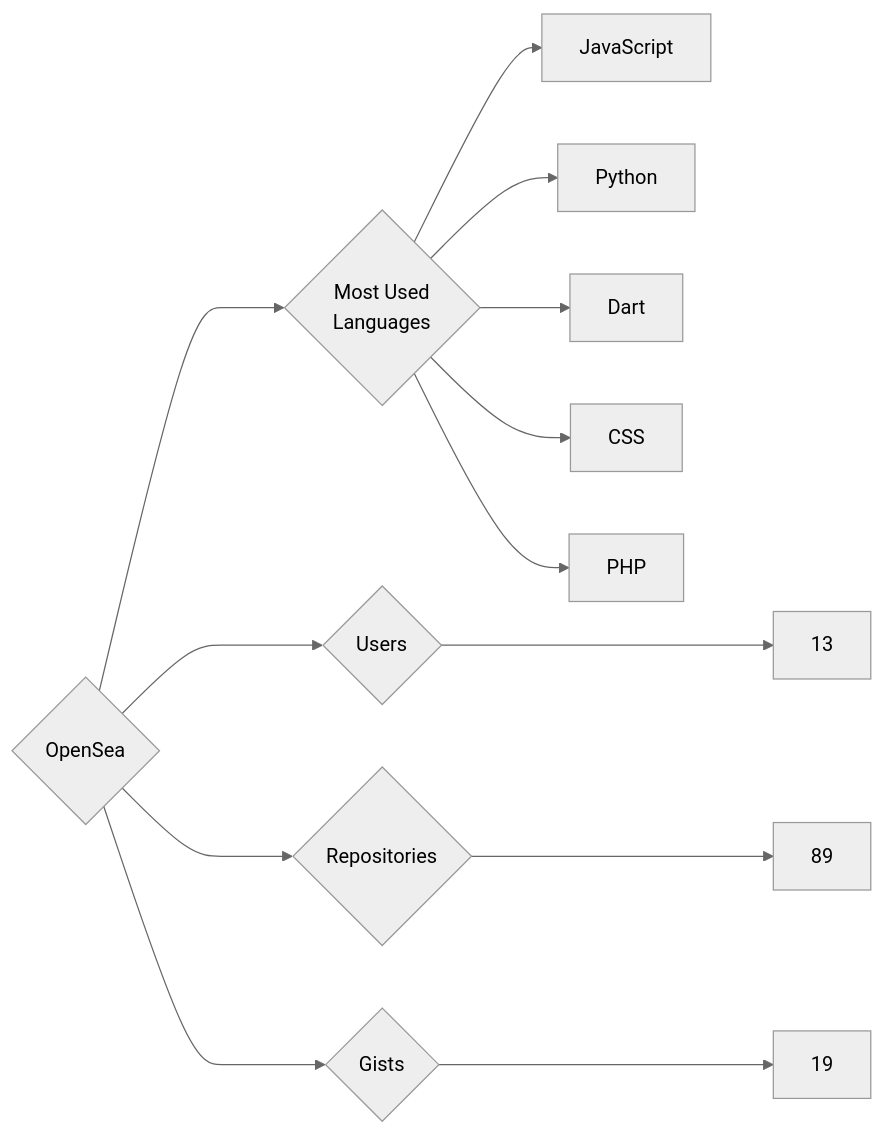
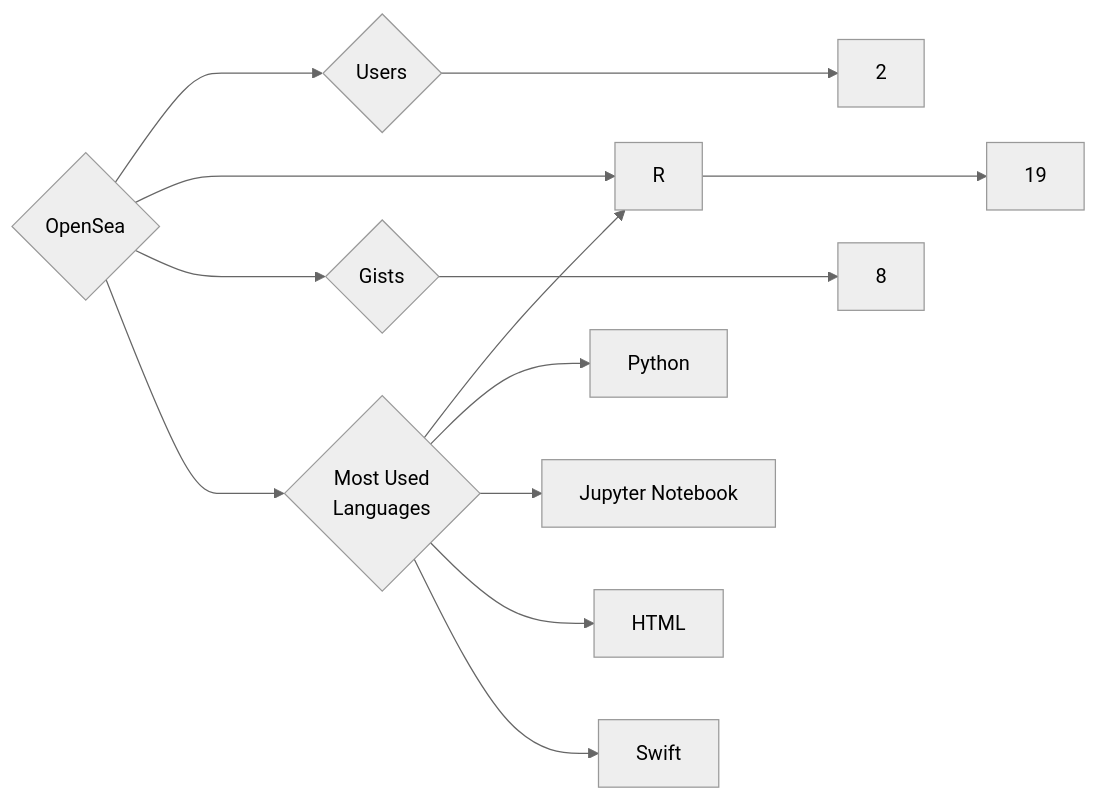
One commit to trickest/insiders changed the diagram in targets/OpenSea/README.md. Above: the diagram before and after it, drawn with Mermaid (neutral theme). The commit also changed 797 other files, not shown here.

````diff
--- a/targets/OpenSea/README.md
+++ b/targets/OpenSea/README.md
@@ -3,13 +3,13 @@
 ```mermaid
 graph LR
 COMPANY_NAME{OpenSea}
-COMPANY_NAME ---> U{Users} ---> UN[13]
-COMPANY_NAME ---> R{Repositories} ---> RN[89]
-COMPANY_NAME ---> G{Gists} ---> GN[19]
+COMPANY_NAME ---> U{Users} ---> UN[2]
+COMPANY_NAME ---> R{Repositories} ---> RN[19]
+COMPANY_NAME ---> G{Gists} ---> GN[8]
 COMPANY_NAME ---> ML{Most Used<br>Languages}
-ML --> JavaScript[JavaScript]
+ML --> R[R]
 ML --> Python[Python]
-ML --> Dart[Dart]
-ML --> CSS[CSS]
-ML --> PHP[PHP]
+ML --> Jupyter_Notebook[Jupyter Notebook]
+ML --> HTML[HTML]
+ML --> Swift[Swift]
 ```
````
